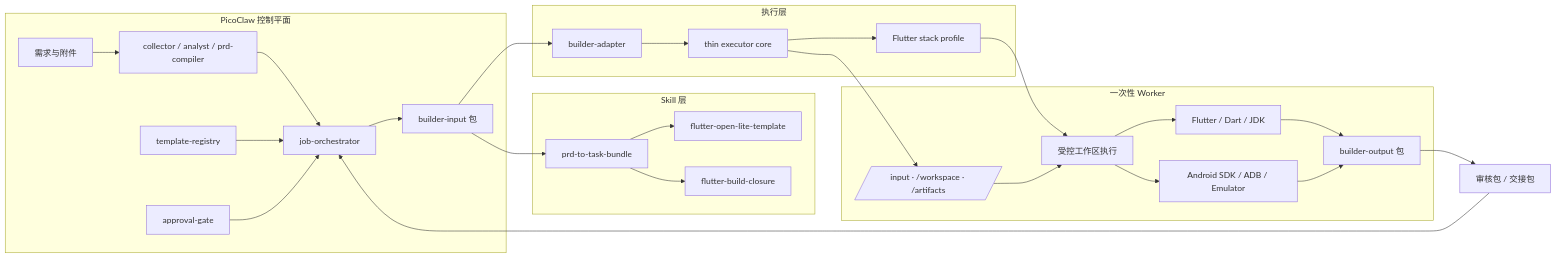
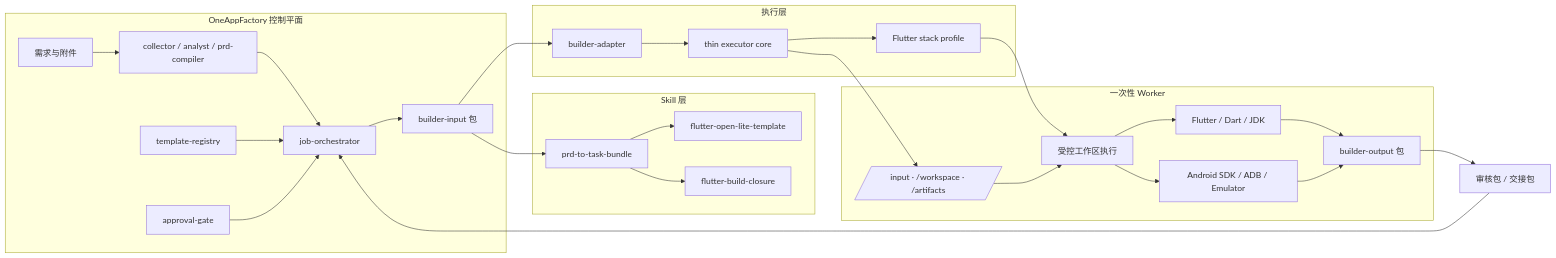
Before and after one commit to kkroid/picoclaw: the diagram in docs/design/demand-to-android-app-platform.zh.md, drawn with Mermaid. The commit also changed other lines of this file and 951 other files, not shown here.

Commit message:
chore: finish OneAppFactory cleanup

````diff
--- a/docs/design/demand-to-android-app-platform.zh.md
+++ b/docs/design/demand-to-android-app-platform.zh.md
@@ -653,50 +653,50 @@
 ```mermaid
 flowchart LR
-	subgraph PicoClaw["PicoClaw 控制平面"]
+	subgraph OneAppFactory["OneAppFactory 控制平面"]
 		demand[需求与附件]
 		roles[collector / analyst / prd-compiler]
 		registry[template-registry]
 		orchestrator[job-orchestrator]
 		approval[approval-gate]
 		inputpkg[builder-input 包]
 		demand --> roles --> orchestrator
 		registry --> orchestrator
 		approval --> orchestrator
 		orchestrator --> inputpkg
 	end
 
 	subgraph Skills["Skill 层"]
 		templateSkill[flutter-open-lite-template]
 		bundleSkill[prd-to-task-bundle]
 		closureSkill[flutter-build-closure]
 		inputpkg --> bundleSkill
 		bundleSkill --> templateSkill
 		bundleSkill --> closureSkill
 	end
 
 	subgraph Execution["执行层"]
 		adapter[builder-adapter]
 		executor[thin executor core]
 		profile[Flutter stack profile]
 		inputpkg --> adapter --> executor
 		executor --> profile
 	end
 
 	subgraph Worker["一次性 Worker"]
 		mounts[/input · /workspace · /artifacts/]
 		runtime[受控工作区执行]
 		toolchain[Flutter / Dart / JDK]
 		android[Android SDK / ADB / Emulator]
 		outputpkg[builder-output 包]
 		executor --> mounts
 		profile --> runtime
 		mounts --> runtime
 		runtime --> toolchain
 		runtime --> android
 		toolchain --> outputpkg
 		android --> outputpkg
 	end
 
 	outputpkg --> review[审核包 / 交接包]
 	review --> orchestrator
 ```
````
